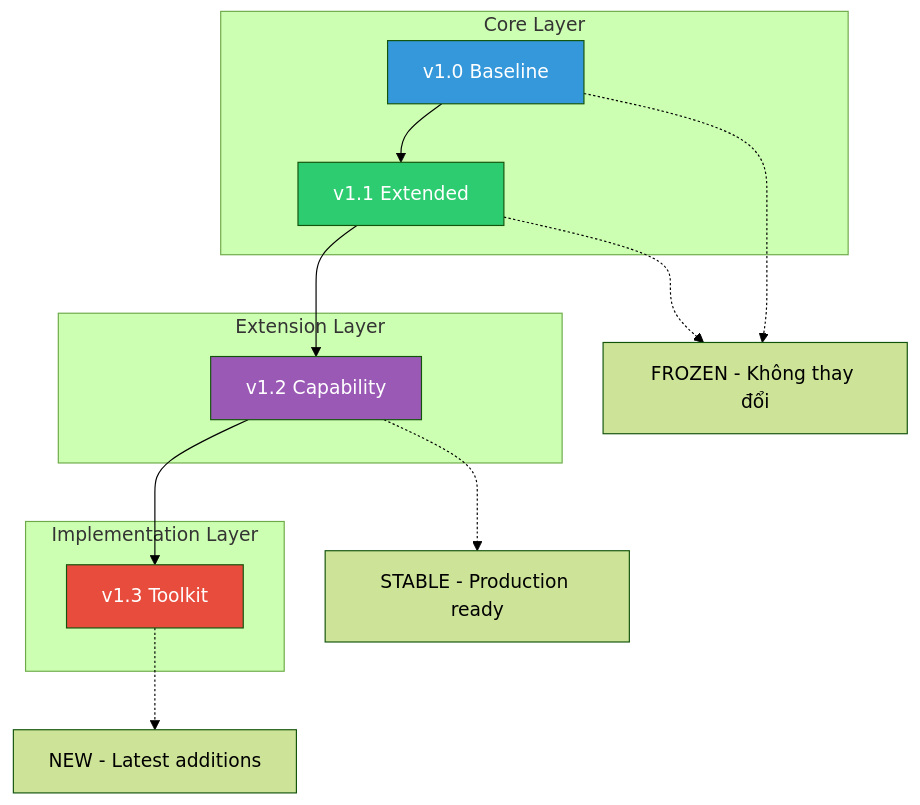
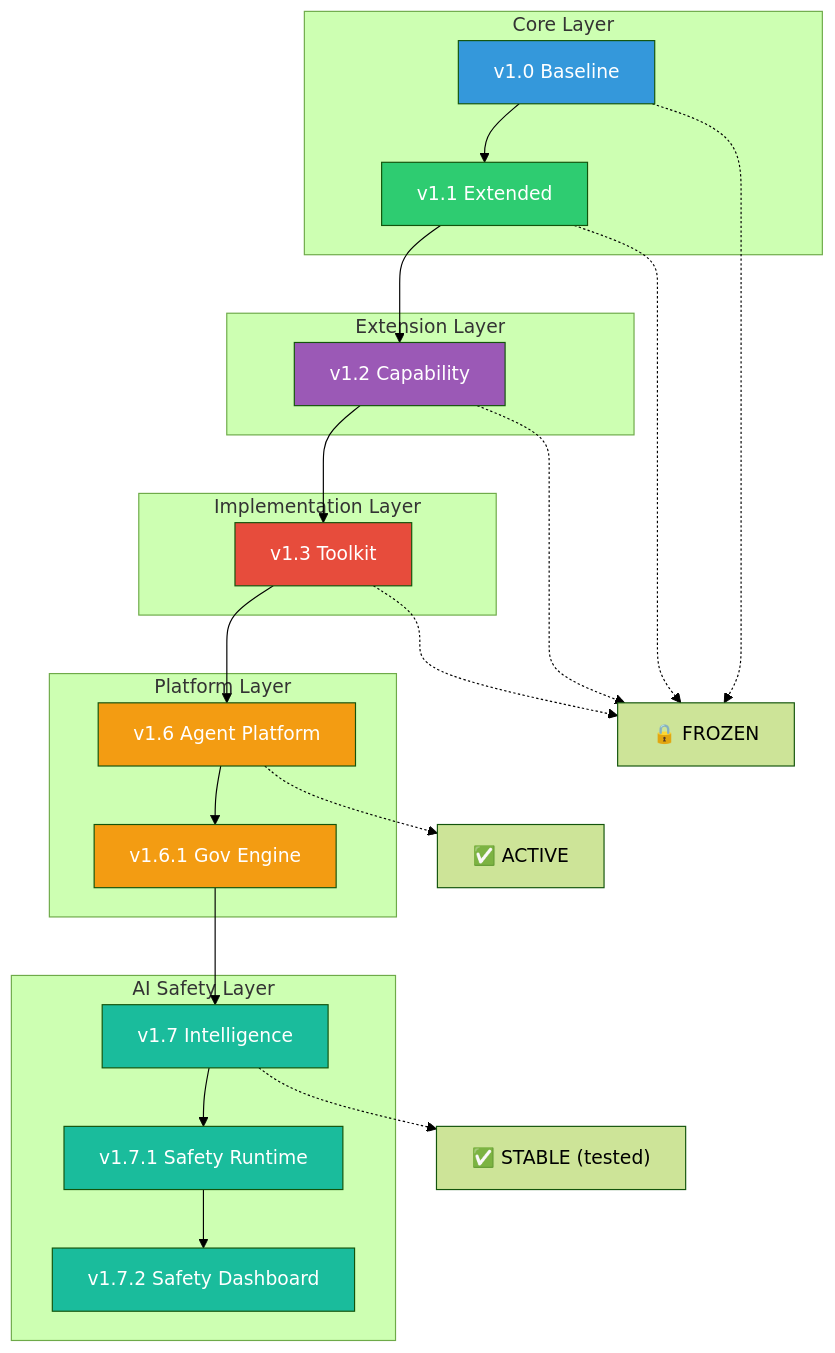
One commit to Blackbird081/Controlled-Vibe-Framework-CVF changed the second of 2 diagrams in docs/VERSION_COMPARISON.md. Above: the diagram before and after it, drawn with Mermaid (forest theme). The commit also changed other lines of this file and 3 other files, not shown here.

Commit message:
docs: rewrite 4 docs to English + add v1.7.x — VERSION_COMPARISON, CVF_POSITIONING, VERSIONING, ARCHITECTURE_DIAGRAMS

````diff
--- a/docs/VERSION_COMPARISON.md
+++ b/docs/VERSION_COMPARISON.md
@@ -114,32 +168,55 @@
 ```mermaid
 flowchart TB
     subgraph "Core Layer"
         V10[v1.0 Baseline]
         V11[v1.1 Extended]
         V10 --> V11
     end
     
     subgraph "Extension Layer"
         V12[v1.2 Capability]
         V11 --> V12
     end
     
     subgraph "Implementation Layer"
         V13[v1.3 Toolkit]
         V12 --> V13
     end
-    
-    note1[FROZEN - Không thay đổi]
-    note2[STABLE - Production ready]
-    note3[NEW - Latest additions]
+
+    subgraph "Platform Layer"
+        V16["v1.6 Agent Platform"]
+        V161["v1.6.1 Gov Engine"]
+        V13 --> V16
+        V16 --> V161
+    end
+
+    subgraph "AI Safety Layer"
+        V17["v1.7 Intelligence"]
+        V171["v1.7.1 Safety Runtime"]
+        V172["v1.7.2 Safety Dashboard"]
+        V161 --> V17
+        V17 --> V171
+        V171 --> V172
+    end
+
+    note1["🔒 FROZEN"]
+    note2["✅ ACTIVE"]
+    note3["✅ STABLE (tested)"]
     
     V10 -.-> note1
     V11 -.-> note1
-    V12 -.-> note2
-    V13 -.-> note3
+    V12 -.-> note1
+    V13 -.-> note1
+    V16 -.-> note2
+    V17 -.-> note3
     
     style V10 fill:#3498db,color:#fff
     style V11 fill:#2ecc71,color:#fff
     style V12 fill:#9b59b6,color:#fff
     style V13 fill:#e74c3c,color:#fff
+    style V16 fill:#f39c12,color:#fff
+    style V161 fill:#f39c12,color:#fff
+    style V17 fill:#1abc9c,color:#fff
+    style V171 fill:#1abc9c,color:#fff
+    style V172 fill:#1abc9c,color:#fff
 ```
````
